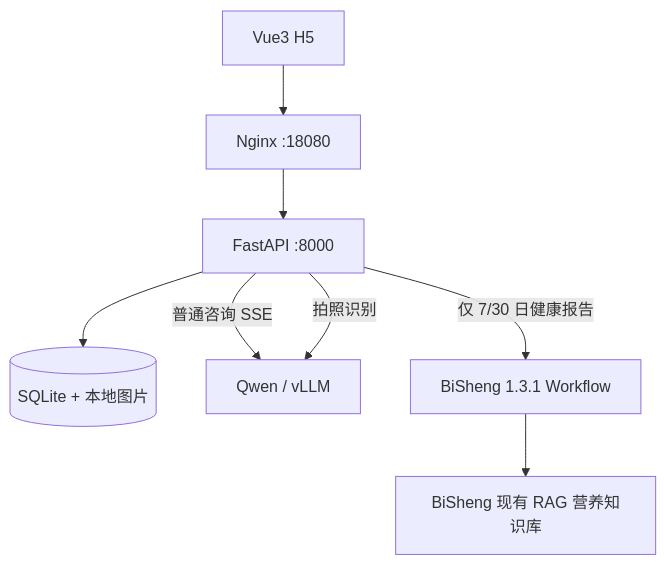
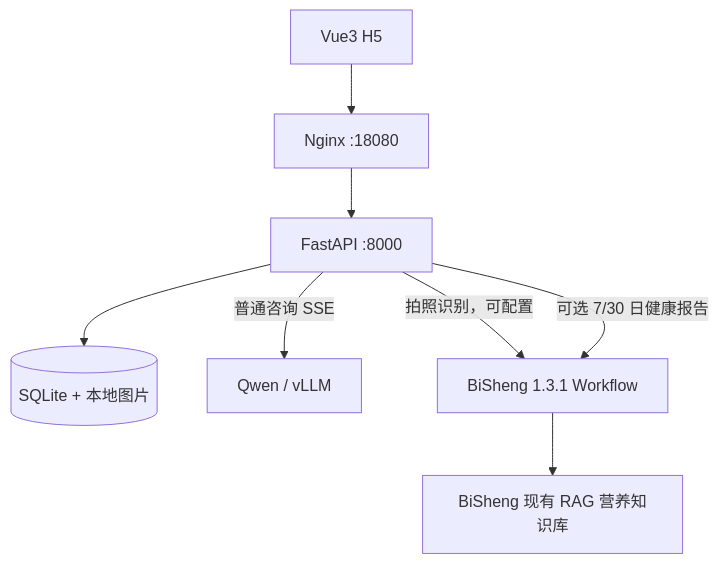
The diagram in README.md (Fleur520/ai-nutritionist-h5), drawn with Mermaid before and after one commit. The commit also changed other lines of this file and 16 other files, not shown here.

Commit message:
feat: recognize meal photos through BiSheng food knowledge workflow

````diff
--- a/README.md
+++ b/README.md
@@ -9,10 +9,10 @@
 ```mermaid
 flowchart TB
  H[Vue3 H5] --> N[Nginx :18080]
  N --> P[FastAPI :8000]
  P --> D[(SQLite + 本地图片)]
  P -->|普通咨询 SSE| Q[Qwen / vLLM]
- P -->|拍照识别| Q
- P -->|仅 7/30 日健康报告| B[BiSheng 1.3.1 Workflow]
+ P -->|拍照识别，可配置| B[BiSheng 1.3.1 Workflow]
+ P -->|可选 7/30 日健康报告| B
  B --> K[BiSheng 现有 RAG 营养知识库]
 ```
````
